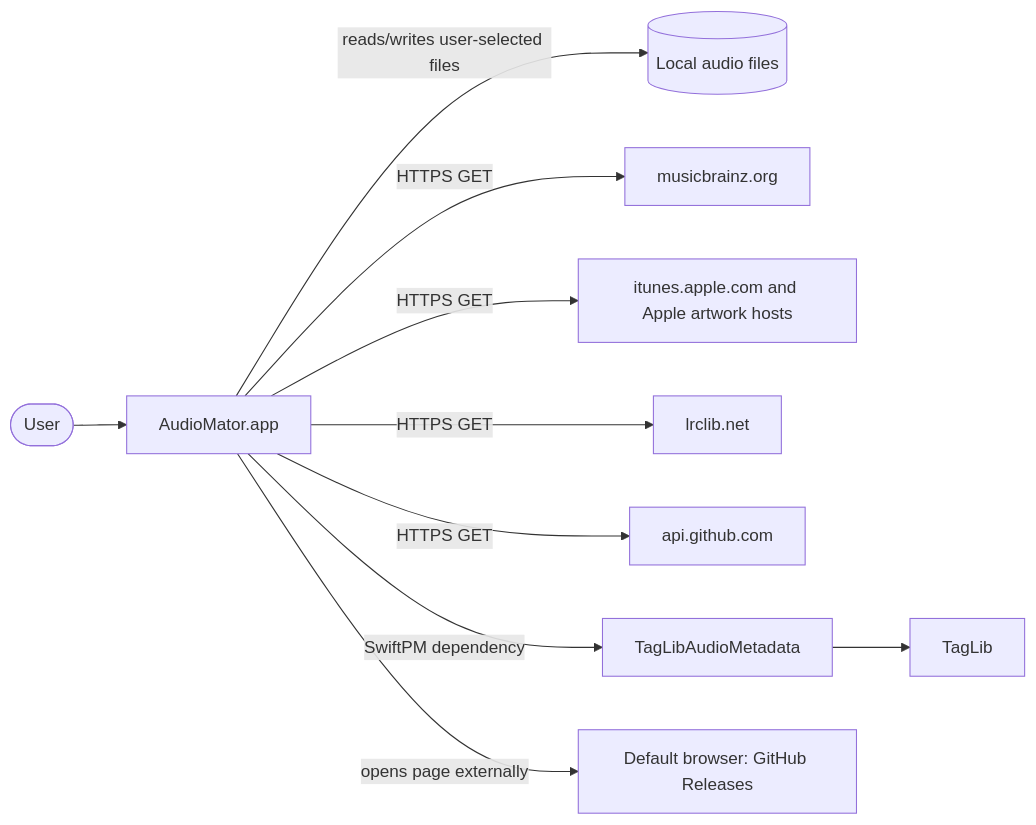
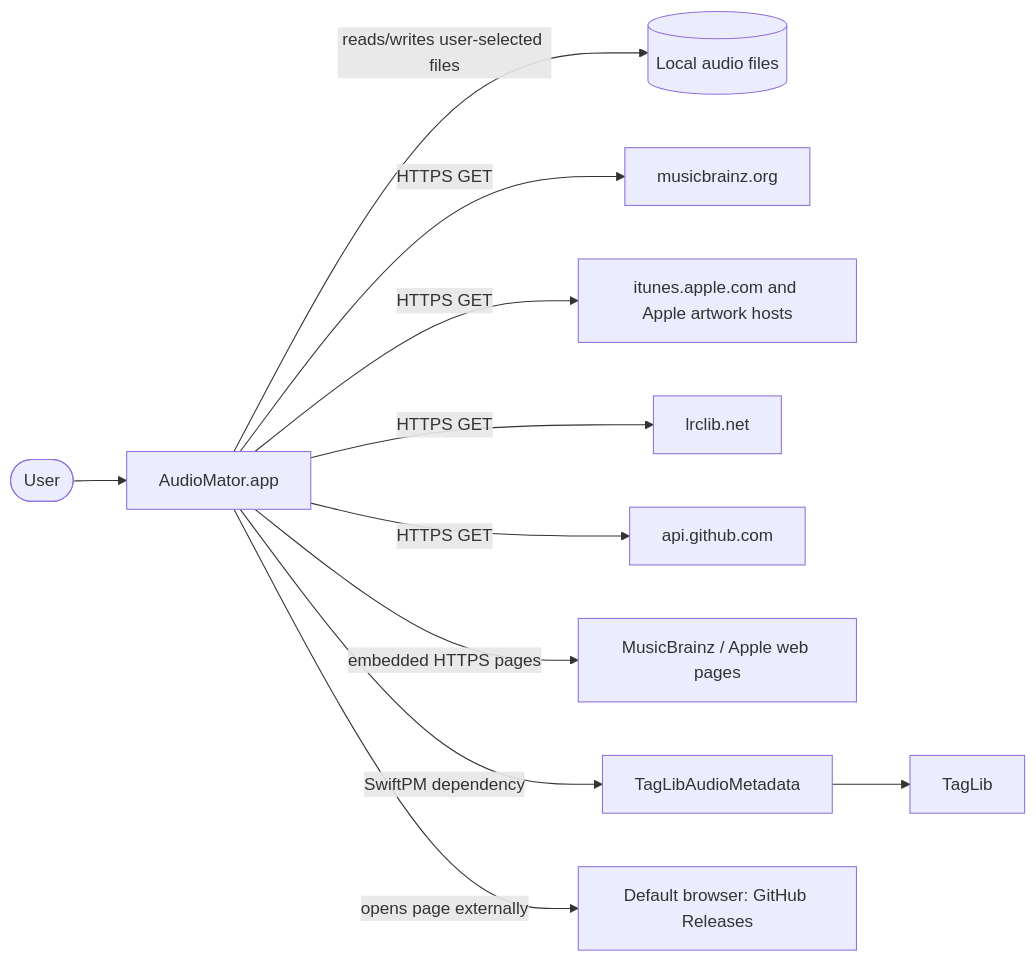
One commit to ChrisLloydME/AudioMator changed the first of 4 diagrams in Docs/Architecture/OVERVIEW.md. Above: the diagram before and after it, drawn with Mermaid. The commit also changed other lines of this file and 34 other files, not shown here.

````diff
--- a/Docs/Architecture/OVERVIEW.md
+++ b/Docs/Architecture/OVERVIEW.md
@@ -9,12 +9,13 @@
 ```mermaid
 flowchart LR
     User([User]) --> App[AudioMator.app]
     App -->|reads/writes user-selected files| Disk[(Local audio files)]
     App -->|HTTPS GET| MB[musicbrainz.org]
     App -->|HTTPS GET| IT[itunes.apple.com and Apple artwork hosts]
     App -->|HTTPS GET| LR[lrclib.net]
     App -->|HTTPS GET| GH[api.github.com]
+    App -->|embedded HTTPS pages| Pages[MusicBrainz / Apple web pages]
     App -->|SwiftPM dependency| Pkg[TagLibAudioMetadata]
     Pkg --> TagLib[TagLib]
     App -->|opens page externally| Browser[Default browser: GitHub Releases]
 ```
````
